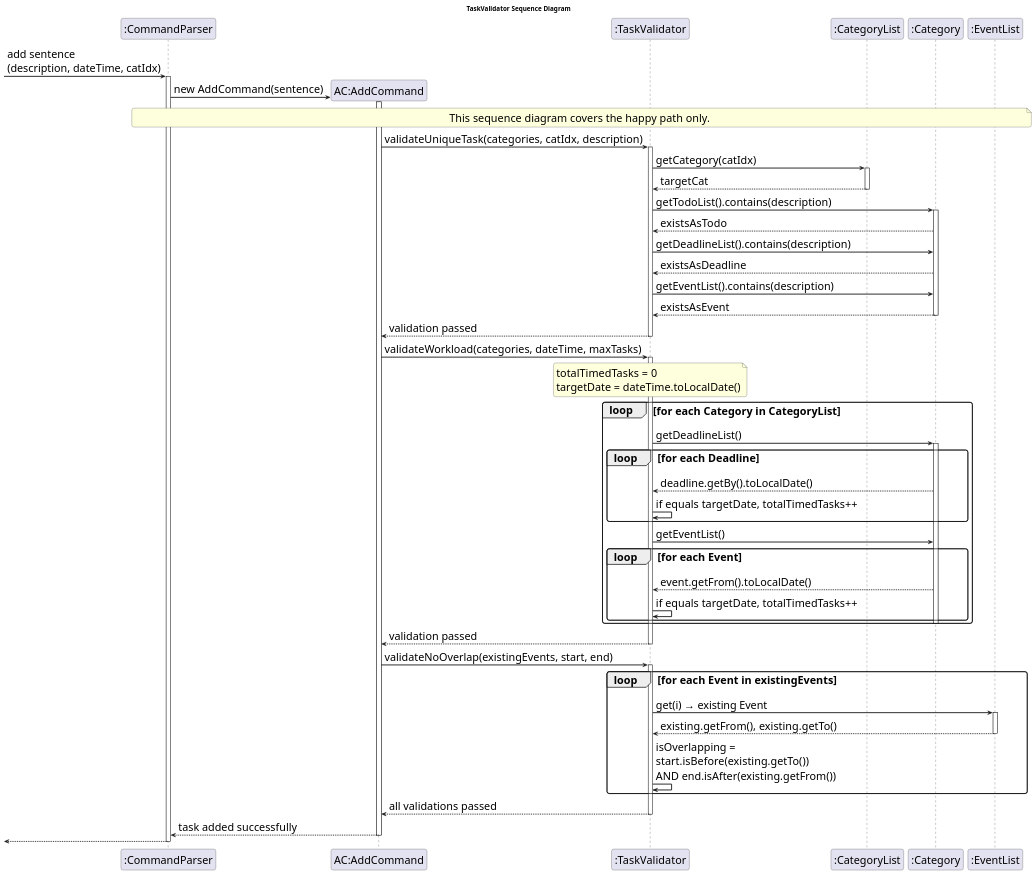
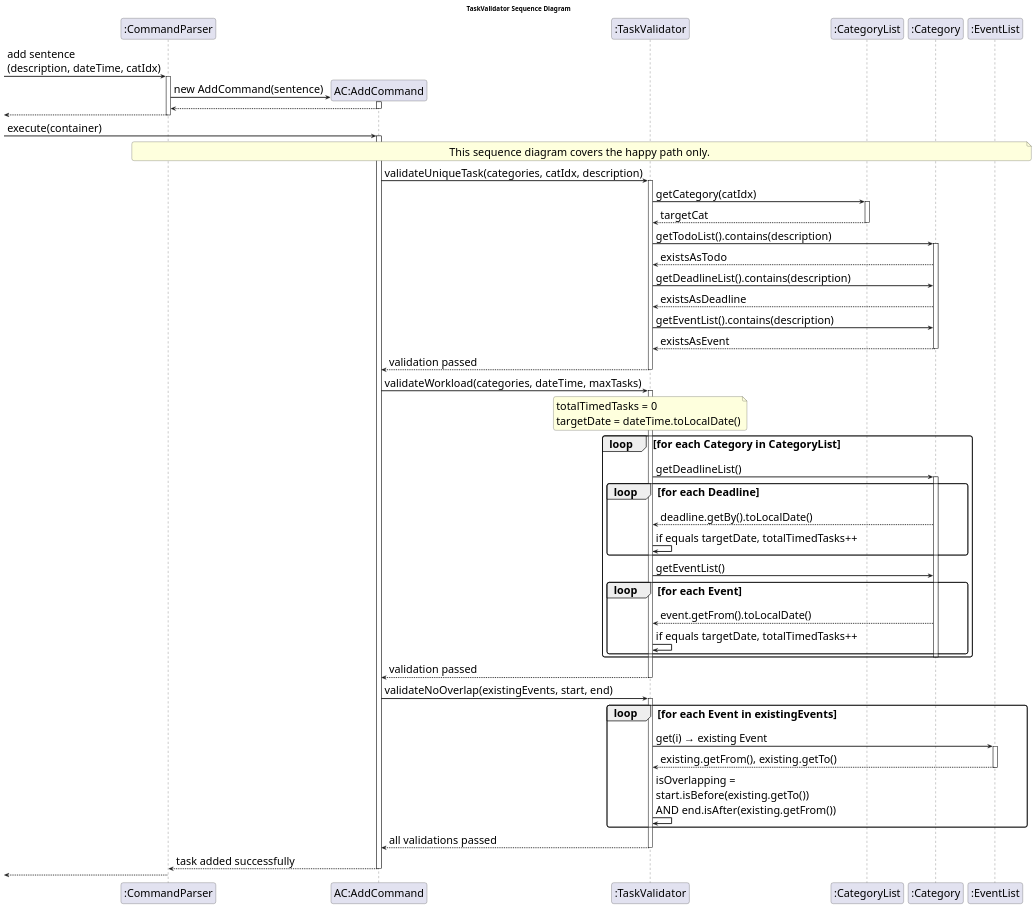
Before and after one commit to marken9/tp: the diagram in docs/puml/TaskValidator.puml, drawn with PlantUML. The commit also changed 4 other files, not shown here.

Commit message:
Edits to UML diagrams

```diff
--- a/docs/puml/TaskValidator.puml
+++ b/docs/puml/TaskValidator.puml
@@ -1,96 +1,103 @@
 @startuml TaskValidatorSequenceDiagram
 
 
 skinparam sequenceArrowThickness 2
 skinparam roundcorner 10
 skinparam DefaultFontSize 24
 skinparam ArrowFontSize 24
 
 title TaskValidator Sequence Diagram
 
 participant ":CommandParser" as CP
 
 -> CP : add sentence \n(description, dateTime, catIdx)
 activate CP
 
 create "AC:AddCommand" as AC
 CP -> AC : new AddCommand(sentence)
 activate AC
+AC --> CP
+deactivate AC
+<-- CP
+deactivate CP
 
+
+-> AC : execute(container)
+activate AC
 participant ":TaskValidator" as TV
 participant ":CategoryList" as CL
 participant ":Category" as CAT
 participant ":EventList" as EL
 note over CP,EL : This sequence diagram covers the happy path only.
 
 '─── Step 1: Unique Task ───────────────────────────────────
 AC -> TV : validateUniqueTask(categories, catIdx, description)
 activate TV
 
 TV -> CL : getCategory(catIdx)
 activate CL
 CL --> TV : targetCat
 deactivate CL
 
 TV -> CAT : getTodoList().contains(description)
 activate CAT
 CAT --> TV : existsAsTodo
 
 TV -> CAT : getDeadlineList().contains(description)
 CAT --> TV : existsAsDeadline
 
 TV -> CAT : getEventList().contains(description)
 CAT --> TV : existsAsEvent
 deactivate CAT
 
 TV --> AC : validation passed
 deactivate TV
 
 '─── Step 2: Workload ──────────────────────────────────────
 AC -> TV : validateWorkload(categories, dateTime, maxTasks)
 activate TV
 
 note over TV : totalTimedTasks = 0\ntargetDate = dateTime.toLocalDate()
 
 loop for each Category in CategoryList
     TV -> CAT : getDeadlineList()
     activate CAT
     loop for each Deadline
         CAT --> TV : deadline.getBy().toLocalDate()
         TV -> TV : if equals targetDate, totalTimedTasks++
     end
 
     TV -> CAT : getEventList()
     loop for each Event
         CAT --> TV : event.getFrom().toLocalDate()
         TV -> TV : if equals targetDate, totalTimedTasks++
     end
     deactivate CAT
 end
 
 TV --> AC : validation passed
 deactivate TV
 
 '─── Step 3: Overlap (Events only) ────────────────────────
 AC -> TV : validateNoOverlap(existingEvents, start, end)
 activate TV
 
 loop for each Event in existingEvents
     TV -> EL : get(i) → existing Event
     activate EL
     EL --> TV : existing.getFrom(), existing.getTo()
     deactivate EL
 
     TV -> TV : isOverlapping =\nstart.isBefore(existing.getTo())\nAND end.isAfter(existing.getFrom())
 end
 
 TV --> AC : all validations passed
 deactivate TV
 
 AC --> CP : task added successfully
 deactivate AC
 
 <-- CP
 deactivate CP
 
 @enduml
```
